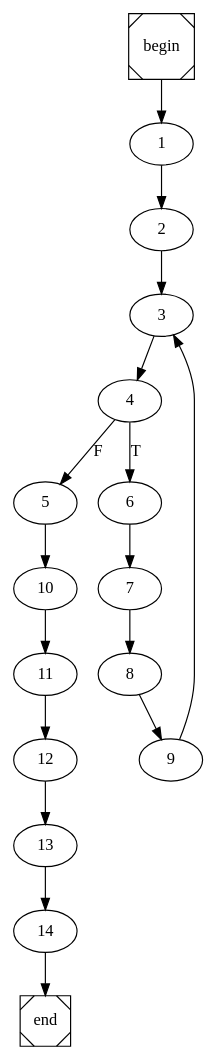
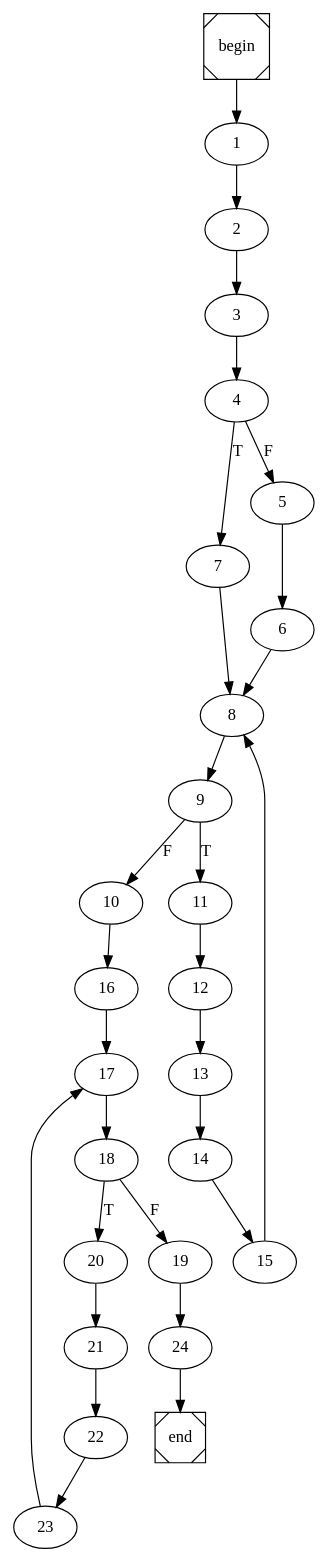
One commit to ivSaav/COMP changed the diagram in main.dot. Above: the diagram before and after it, drawn with Graphviz. The commit also changed 4 other files, not shown here.

```diff
--- a/main.dot
+++ b/main.dot
@@ -1,4 +1,4 @@
 digraph cfg {
 	begin [shape=Msquare];
 	end [shape=Msquare];
-	begin -> 1;	1 -> 2;	2 -> 3;	3 -> 4;	4 -> 6[label=T];	4 -> 5[label=F];	5 -> 10;	6 -> 7;	7 -> 8;	8 -> 9;	9 -> 3;	10 -> 11;	11 -> 12;	12 -> 13;	13 -> 14;	14 -> end;}
+	begin -> 1;	1 -> 2;	2 -> 3;	3 -> 4;	4 -> 7[label=T];	4 -> 5[label=F];	5 -> 6;	6 -> 8;	7 -> 8;	8 -> 9;	9 -> 11[label=T];	9 -> 10[label=F];	10 -> 16;	11 -> 12;	12 -> 13;	13 -> 14;	14 -> 15;	15 -> 8;	16 -> 17;	17 -> 18;	18 -> 20[label=T];	18 -> 19[label=F];	19 -> 24;	20 -> 21;	21 -> 22;	22 -> 23;	23 -> 17;	24 -> end;}
```
